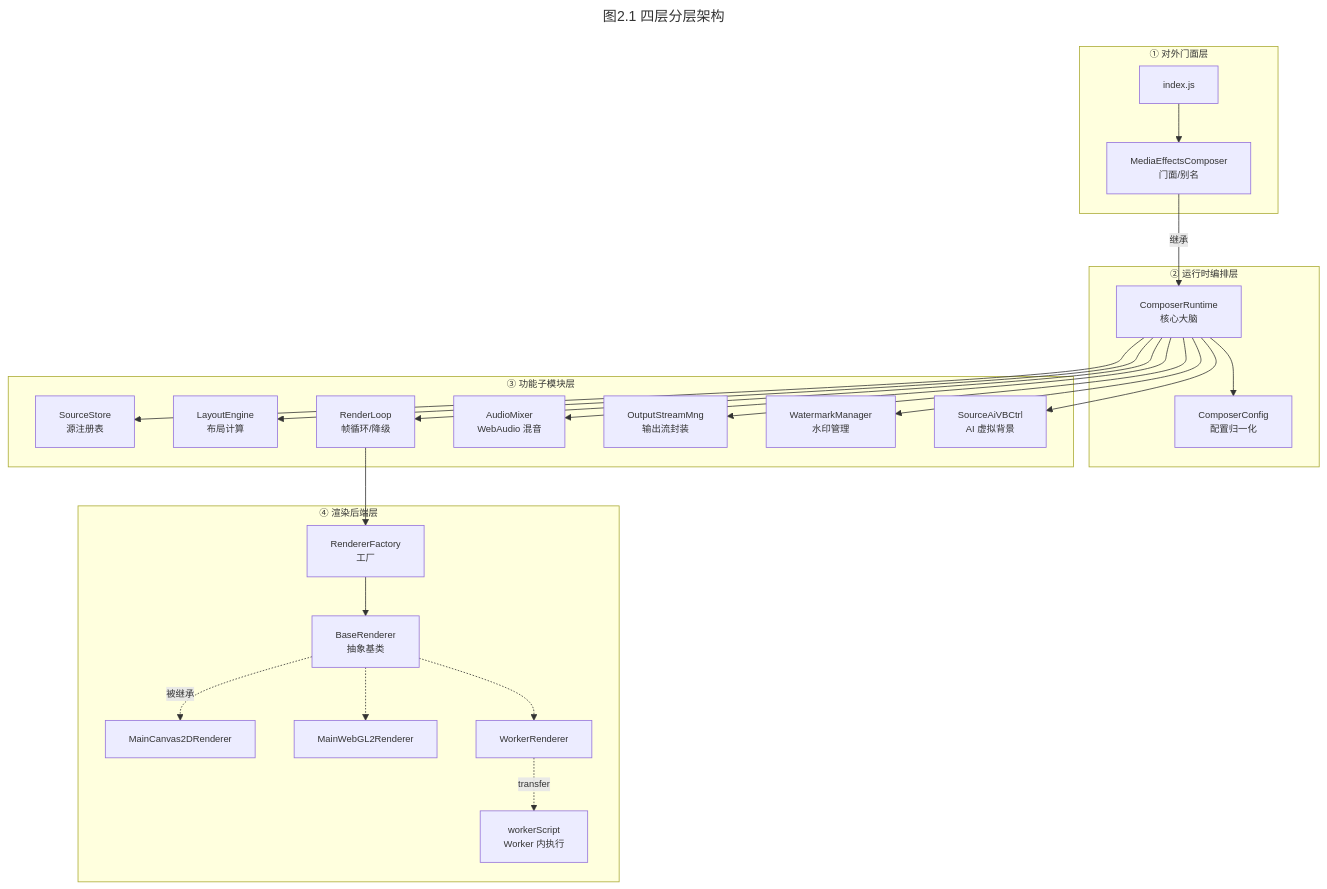
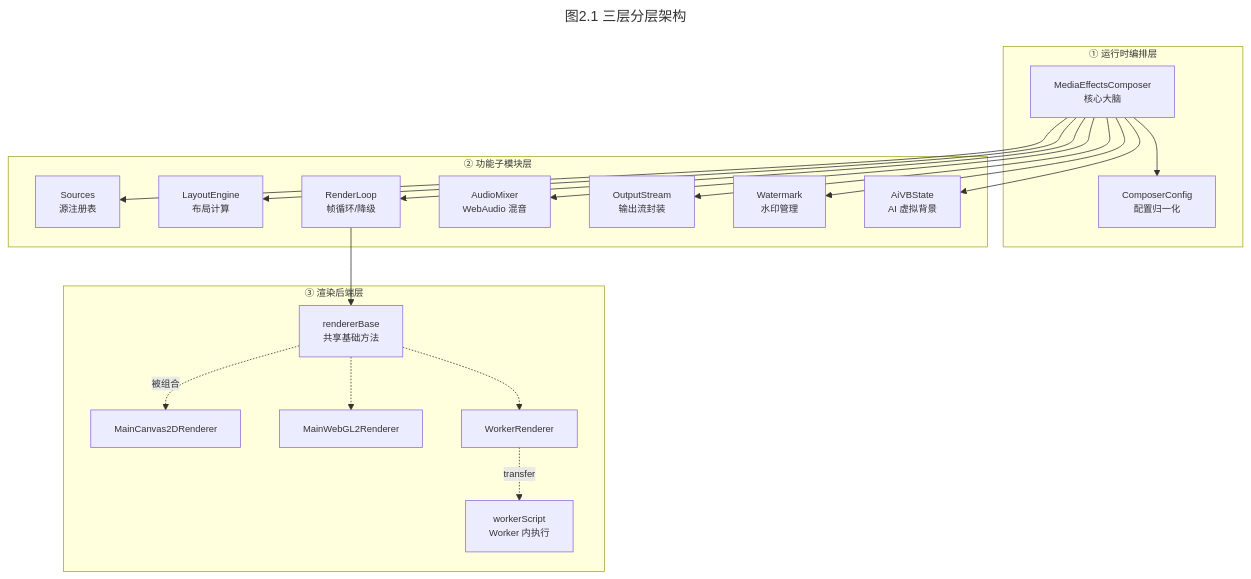
The second of 19 diagrams in docs/MediaEffectsComposer-学习手册.md (lei40251/JsSIP), drawn with Mermaid before and after one commit. The commit also changed other lines of this file and 72 other files, not shown here.

First line of the commit message:
refactor: 合并精简 MediaEffectsComposer/AiNS/BFCP 模块，消除过度抽象层

````diff
--- a/docs/MediaEffectsComposer-学习手册.md
+++ b/docs/MediaEffectsComposer-学习手册.md
@@ -76,54 +76,45 @@
 ```mermaid
 ---
-title: 图2.1  四层分层架构
+title: 图2.1  三层分层架构
 config:
   themeVariables:
     fontSize: 12px
 ---
 graph TB
-    subgraph L1["① 对外门面层"]
-        MEC["MediaEffectsComposer<br/>门面/别名"]
-        IDX["index.js"]
-    end
-
-    subgraph L2["② 运行时编排层"]
-        CRT["ComposerRuntime<br/>核心大脑"]
+    subgraph L1["① 运行时编排层"]
+        CRT["MediaEffectsComposer<br/>核心大脑"]
         CFG["ComposerConfig<br/>配置归一化"]
     end
 
-    subgraph L3["③ 功能子模块层"]
-        SS["SourceStore<br/>源注册表"]
+    subgraph L2["② 功能子模块层"]
+        SS["Sources<br/>源注册表"]
         LE["LayoutEngine<br/>布局计算"]
         RL["RenderLoop<br/>帧循环/降级"]
         AM["AudioMixer<br/>WebAudio 混音"]
-        OM["OutputStreamMng<br/>输出流封装"]
-        WM["WatermarkManager<br/>水印管理"]
-        AVB["SourceAiVBCtrl<br/>AI 虚拟背景"]
+        OM["OutputStream<br/>输出流封装"]
+        WM["Watermark<br/>水印管理"]
+        AVB["AiVBState<br/>AI 虚拟背景"]
     end
 
-    subgraph L4["④ 渲染后端层"]
-        RF["RendererFactory<br/>工厂"]
-        BR["BaseRenderer<br/>抽象基类"]
+    subgraph L3["③ 渲染后端层"]
+        BR["rendererBase<br/>共享基础方法"]
         M2D["MainCanvas2DRenderer"]
         MWG["MainWebGL2Renderer"]
         WR["WorkerRenderer"]
         WS["workerScript<br/>Worker 内执行"]
     end
 
-    IDX --> MEC
-    MEC -->|"继承"| CRT
     CRT --> CFG
     CRT --> SS
     CRT --> LE
     CRT --> RL
     CRT --> AM
     CRT --> OM
     CRT --> WM
     CRT --> AVB
-    RL --> RF
-    RF --> BR
-    BR -.->|"被继承"| M2D
+    RL --> BR
+    BR -.->|"被组合"| M2D
     BR -.-> MWG
     BR -.-> WR
     WR -.->|"transfer"| WS
 ```
````
